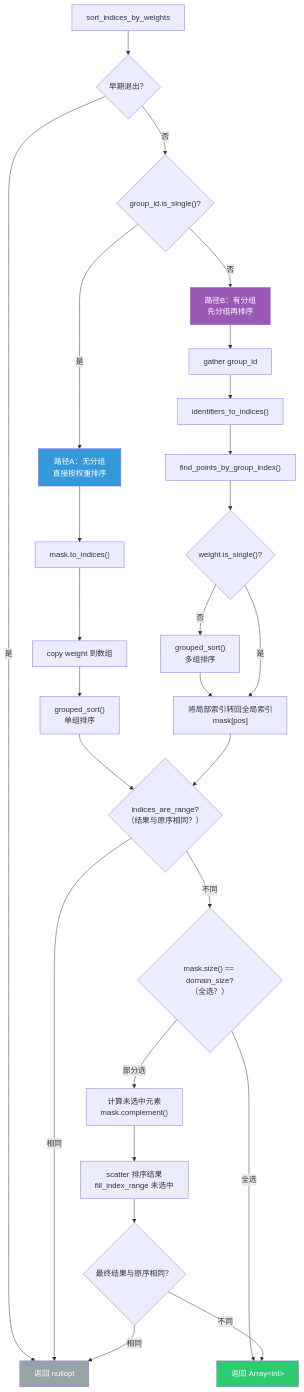
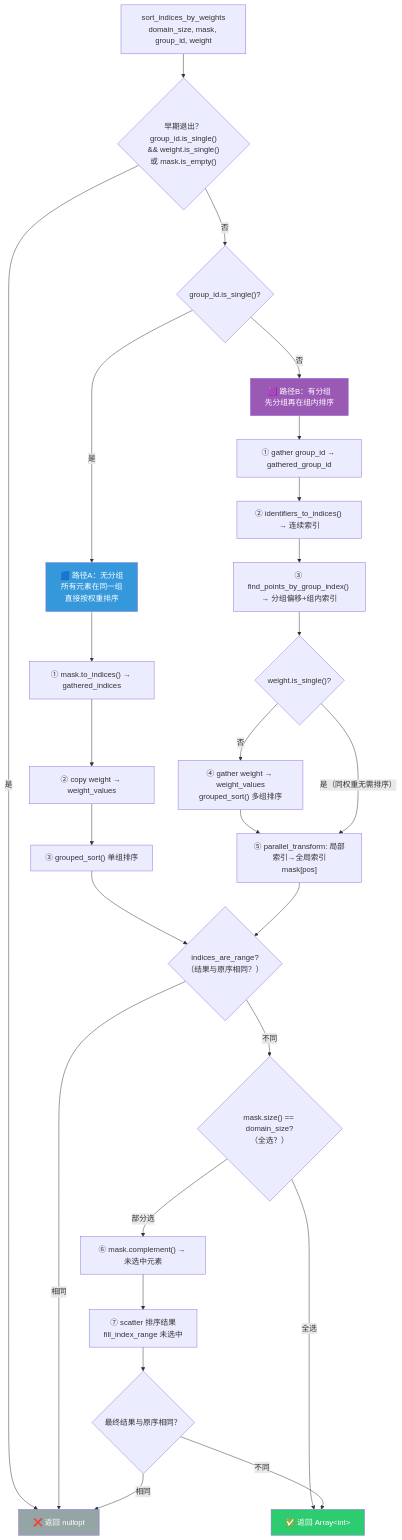
One commit to yunkezengren/blender-.vscode changed the ninth of 18 diagrams in 杂/markdown/几何节点-列表/07.5-SortList节点.md. Above: the diagram before and after it, drawn with Mermaid. The commit also changed other lines of this file and 2 other files, not shown here.

````diff
--- a/杂/markdown/几何节点-列表/07.5-SortList节点.md
+++ b/杂/markdown/几何节点-列表/07.5-SortList节点.md
@@ -684,53 +875,53 @@
 ```mermaid
 flowchart TD
-    START["sort_indices_by_weights"]
-    
-    EARLY{"早期退出？"}
-    
+    START["sort_indices_by_weights<br/>domain_size, mask, group_id, weight"]
+
+    EARLY{"早期退出？<br/>group_id.is_single()<br/>&& weight.is_single()<br/>或 mask.is_empty()"}
+
     GID_SINGLE{"group_id.is_single()?"}
-    
-    PATH_A["路径A：无分组<br/>直接按权重排序"]
-    PATH_B["路径B：有分组<br/>先分组再排序"]
-    
-    A1["mask.to_indices()"]
-    A2["copy weight 到数组"]
-    A3["grouped_sort()<br/>单组排序"]
-    
-    B1["gather group_id"]
-    B2["identifiers_to_indices()"]
-    B3["find_points_by_group_index()"]
+
+    PATH_A["🟦 路径A：无分组<br/>所有元素在同一组<br/>直接按权重排序"]
+    PATH_B["🟪 路径B：有分组<br/>先分组再在组内排序"]
+
+    A1["① mask.to_indices() → gathered_indices"]
+    A2["② copy weight → weight_values"]
+    A3["③ grouped_sort() 单组排序"]
+
+    B1["① gather group_id → gathered_group_id"]
+    B2["② identifiers_to_indices() → 连续索引"]
+    B3["③ find_points_by_group_index() → 分组偏移+组内索引"]
     B4{"weight.is_single()?"}
-    B5["grouped_sort()<br/>多组排序"]
-    B6["将局部索引转回全局索引<br/>mask[pos]"]
-    
+    B5["④ gather weight → weight_values<br/>grouped_sort() 多组排序"]
+    B6["⑤ parallel_transform: 局部索引→全局索引<br/>mask[pos]"]
+
     CHECK1{"indices_are_range?<br/>（结果与原序相同？）"}
     CHECK2{"mask.size() == domain_size?<br/>（全选？）"}
-    
-    COMPLEMENT["计算未选中元素<br/>mask.complement()"]
-    SCATTER["scatter 排序结果<br/>fill_index_range 未选中"]
+
+    COMPLEMENT["⑥ mask.complement() → 未选中元素"]
+    SCATTER["⑦ scatter 排序结果<br/>fill_index_range 未选中"]
     CHECK3{"最终结果与原序相同？"}
-    
-    RETURN_SORTED["返回 Array&lt;int&gt;"]
-    RETURN_NONE["返回 nullopt"]
-    
+
+    RETURN_SORTED["✅ 返回 Array&lt;int&gt;"]
+    RETURN_NONE["❌ 返回 nullopt"]
+
     START --> EARLY
     EARLY -->|"是"| RETURN_NONE
     EARLY -->|"否"| GID_SINGLE
     GID_SINGLE -->|"是"| PATH_A
     PATH_A --> A1 --> A2 --> A3 --> CHECK1
     GID_SINGLE -->|"否"| PATH_B
     PATH_B --> B1 --> B2 --> B3 --> B4
     B4 -->|"否"| B5 --> B6 --> CHECK1
-    B4 -->|"是"| B6
+    B4 -->|"是（同权重无需排序）"| B6
     CHECK1 -->|"相同"| RETURN_NONE
     CHECK1 -->|"不同"| CHECK2
     CHECK2 -->|"全选"| RETURN_SORTED
     CHECK2 -->|"部分选"| COMPLEMENT --> SCATTER --> CHECK3
     CHECK3 -->|"相同"| RETURN_NONE
     CHECK3 -->|"不同"| RETURN_SORTED
 
     style PATH_A fill:#3498db,color:#fff
     style PATH_B fill:#9b59b6,color:#fff
     style RETURN_SORTED fill:#2ecc71,color:#fff
     style RETURN_NONE fill:#95a5a6,color:#fff
 ```
````
